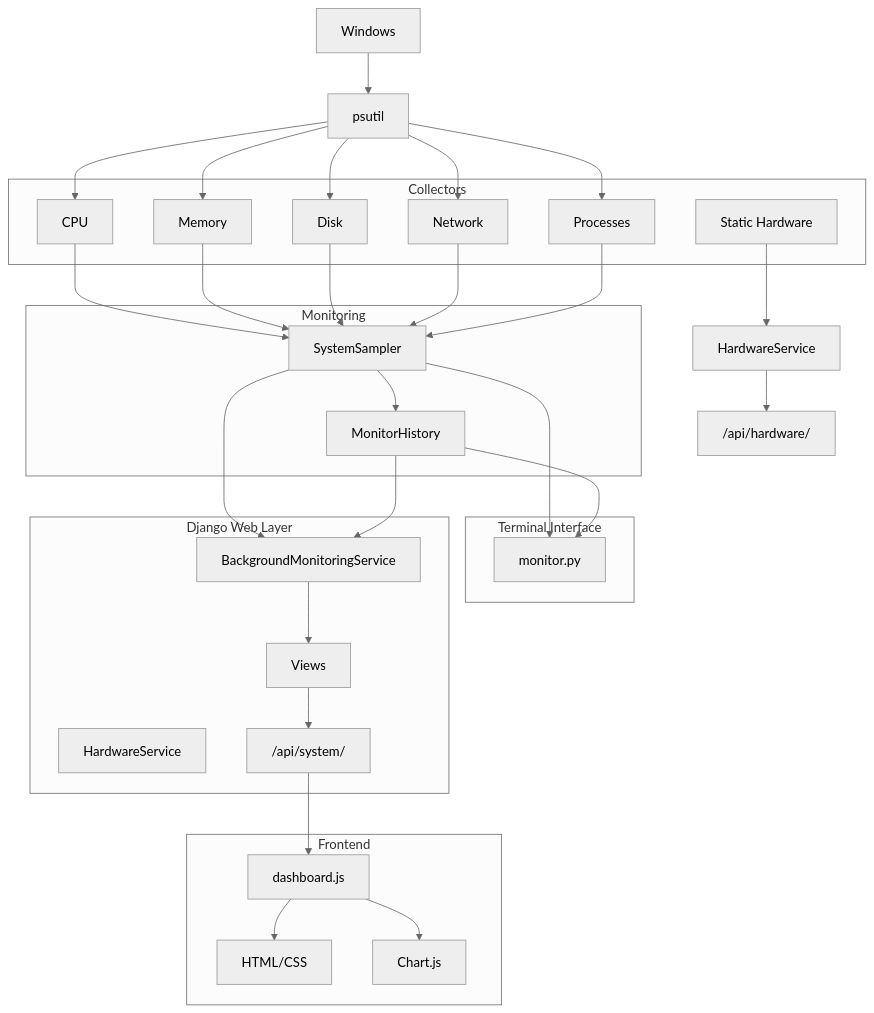
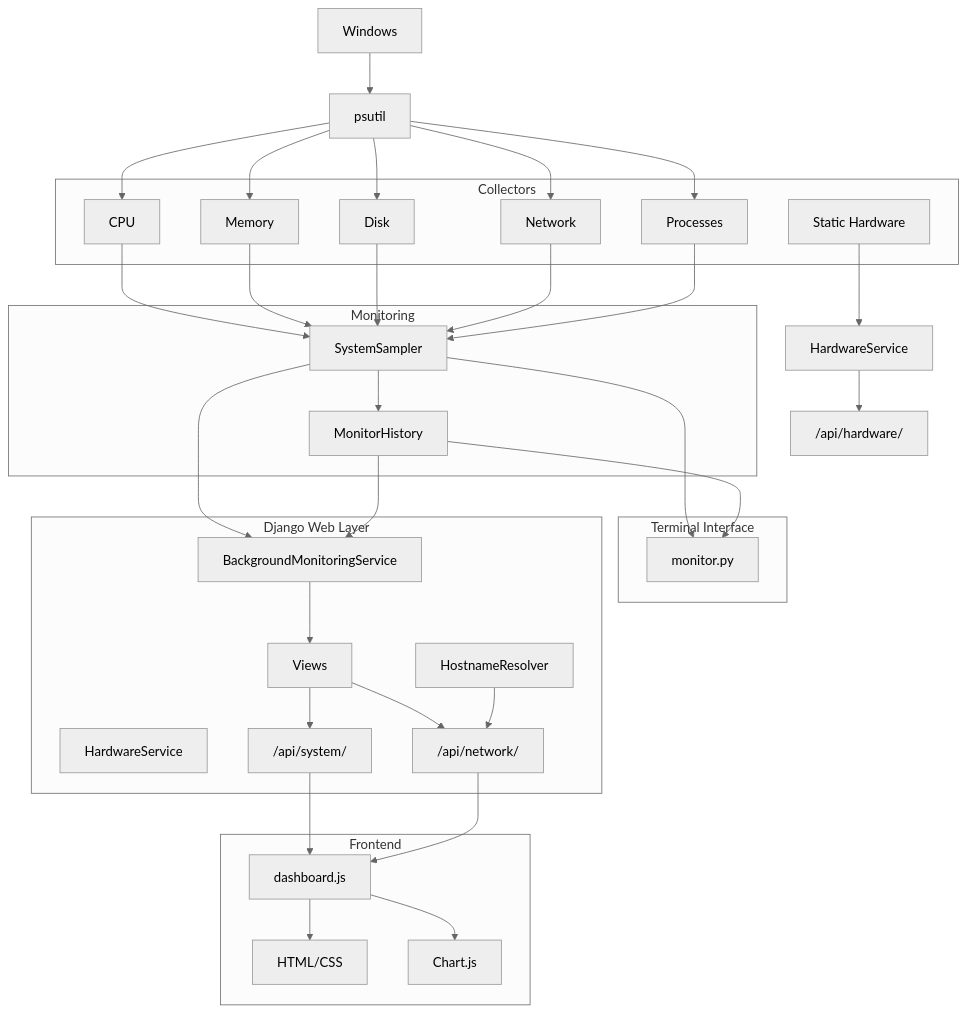
Before and after one commit to IronRon/Sys-Monitor: diagram 32 of 33 in docs/architecture.md, drawn with Mermaid (neutral theme). The commit also changed other lines of this file and 19 other files, not shown here.

````diff
--- a/docs/architecture.md
+++ b/docs/architecture.md
@@ -1803,69 +1824,74 @@
 ```mermaid
 flowchart TD
     WIN["Windows"]
 
     PS["psutil"]
 
     subgraph Collectors["Collectors"]
         CPU["CPU"]
         RAM["Memory"]
         DISK["Disk"]
         NET["Network"]
         PROC["Processes"]
         HW["Static Hardware"]
     end
 
     subgraph Monitoring["Monitoring"]
         SAMPLER["SystemSampler"]
         HISTORY["MonitorHistory"]
     end
 
     subgraph Terminal["Terminal Interface"]
         MONITOR["monitor.py"]
     end
 
     subgraph Django["Django Web Layer"]
         SERVICE["BackgroundMonitoringService"]
         HSERVICE["HardwareService"]
         VIEW["Views"]
         API["/api/system/"]
+        NETAPI["/api/network/"]
+        DNS["HostnameResolver"]
     end
 
     subgraph Browser["Frontend"]
         JS["dashboard.js"]
         HTML["HTML/CSS"]
         CHART["Chart.js"]
     end
 
     WIN --> PS
 
     PS --> CPU
     PS --> RAM
     PS --> DISK
     PS --> NET
     PS --> PROC
 
     CPU --> SAMPLER
     RAM --> SAMPLER
     DISK --> SAMPLER
     NET --> SAMPLER
     PROC --> SAMPLER
 
     HW --> HWSERVICE["HardwareService"]
     HWSERVICE --> HWAPI["/api/hardware/"]
 
     SAMPLER --> HISTORY
 
     SAMPLER --> MONITOR
     HISTORY --> MONITOR
 
     SAMPLER --> SERVICE
     HISTORY --> SERVICE
 
     SERVICE --> VIEW
     VIEW --> API
+    VIEW --> NETAPI
+    DNS --> NETAPI
 
     API --> JS
+    NETAPI --> JS
     JS --> HTML
     JS --> CHART
 ```
````
